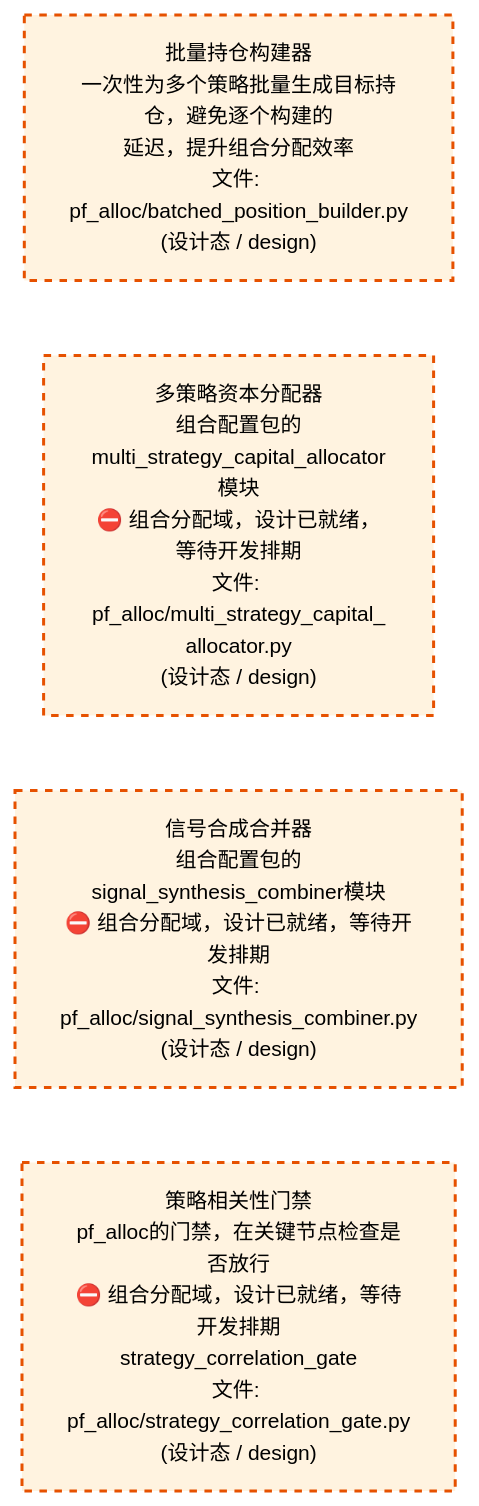
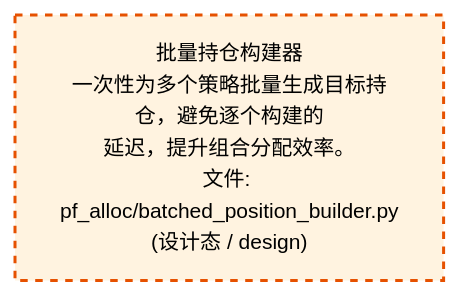
One commit to xuanFelixVan/ZephyrAlpha changed the third of 4 diagrams in docs/02_enterprise_architecture/02_domain_architecture_docs/62_d_pf_alloc.md. Above: the diagram before and after it, drawn with Mermaid. The commit also changed other lines of this file and 58 other files, not shown here.

````diff
--- a/docs/02_enterprise_architecture/02_domain_architecture_docs/62_d_pf_alloc.md
+++ b/docs/02_enterprise_architecture/02_domain_architecture_docs/62_d_pf_alloc.md
@@ -121,16 +115,10 @@
 ```mermaid
 %%{init: {'theme': 'base', 'themeVariables': {'primaryColor': '#eaeaea', 'primaryTextColor': '#333333', 'primaryBorderColor': '#666666', 'lineColor': '#666666', 'secondaryColor': '#eaeaea', 'tertiaryColor': '#eaeaea', 'fontSize': '14px'}}}%%
 flowchart TD
-    src_zephyr_pf_alloc_batched_position_builder_py["批量持仓构建器<br/>一次性为多个策略批量生成目标持仓，避免逐个构建的<br/>延迟，提升组合分配效率<br/>文件: pf_alloc/batched_position_builder.py<br/>(设计态 / design)"]
-    src_zephyr_pf_alloc_multi_strategy_capital_allocator_py["多策略资本分配器<br/>组合配置包的multi_strategy_capital_allocator模块<br/>⛔ 组合分配域，设计已就绪，等待开发排期<br/>文件: pf_alloc/multi_strategy_capital_<br/>allocator.py<br/>(设计态 / design)"]
-    src_zephyr_pf_alloc_signal_synthesis_combiner_py["信号合成合并器<br/>组合配置包的signal_synthesis_combiner模块<br/>⛔ 组合分配域，设计已就绪，等待开发排期<br/>文件: pf_alloc/signal_synthesis_combiner.py<br/>(设计态 / design)"]
-    src_zephyr_pf_alloc_strategy_correlation_gate_py["策略相关性门禁<br/>pf_alloc的门禁，在关键节点检查是否放行<br/>⛔ 组合分配域，设计已就绪，等待开发排期<br/>strategy_correlation_gate<br/>文件: pf_alloc/strategy_correlation_gate.py<br/>(设计态 / design)"]
-    src_zephyr_pf_alloc_batched_position_builder_py ~~~ src_zephyr_pf_alloc_multi_strategy_capital_allocator_py
-    src_zephyr_pf_alloc_multi_strategy_capital_allocator_py ~~~ src_zephyr_pf_alloc_signal_synthesis_combiner_py
-    src_zephyr_pf_alloc_signal_synthesis_combiner_py ~~~ src_zephyr_pf_alloc_strategy_correlation_gate_py
+    src_zephyr_pf_alloc_batched_position_builder_py["批量持仓构建器<br/>一次性为多个策略批量生成目标持仓，避免逐个构建的<br/>延迟，提升组合分配效率。<br/>文件: pf_alloc/batched_position_builder.py<br/>(设计态 / design)"]
     classDef production fill:#e1f5fe,stroke:#01579b,stroke-width:2px,color:#000
     classDef design fill:#fff3e0,stroke:#e65100,stroke-width:2px,color:#000,stroke-dasharray: 5 5
     classDef external_prod fill:#e8f4fd,stroke:#0277bd,stroke-width:1px,color:#000
     classDef external_design fill:#fff8e7,stroke:#ef6c00,stroke-width:1px,color:#000,stroke-dasharray: 5 5
-    class src_zephyr_pf_alloc_batched_position_builder_py,src_zephyr_pf_alloc_multi_strategy_capital_allocator_py,src_zephyr_pf_alloc_signal_synthesis_combiner_py,src_zephyr_pf_alloc_strategy_correlation_gate_py design
+    class src_zephyr_pf_alloc_batched_position_builder_py design
 ```
````
